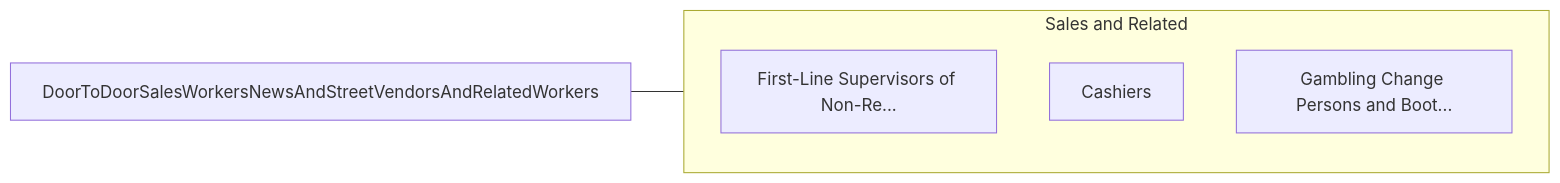
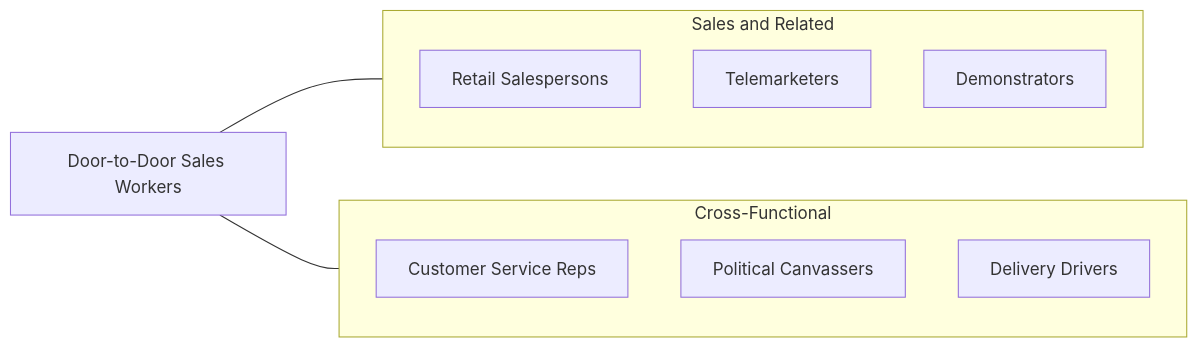
The fourth of 4 diagrams in occupations/Sales/DoorToDoorSalesWorkersNewsAndStreetVendorsAndRelatedWorkers.mdx (kziemski/business.org.ai), drawn with Mermaid before and after one commit. The commit also changed other lines of this file and 938 other files, not shown here.

````diff
--- a/occupations/Sales/DoorToDoorSalesWorkersNewsAndStreetVendorsAndRelatedWorkers.mdx
+++ b/occupations/Sales/DoorToDoorSalesWorkersNewsAndStreetVendorsAndRelatedWorkers.mdx
@@ -105,13 +168,19 @@
 ```mermaid
 graph LR
-    Current["DoorToDoorSalesWorkersNewsAndStreetVendorsAndRelatedWorkers"]
+    Current["Door-to-Door Sales Workers"]
 
     subgraph SameCategory["Sales and Related"]
-        FirstLineSupervisors["First-Line Supervisors of Retail..."]
-        FirstLineSupervisors["First-Line Supervisors of Non-Re..."]
-        Cashiers["Cashiers"]
-        GamblingChangePerson["Gambling Change Persons and Boot..."]
+        Retail["Retail Salespersons"]
+        Telemarketers["Telemarketers"]
+        Demonstrators["Demonstrators"]
+    end
+
+    subgraph CrossFunctional["Cross-Functional"]
+        CSR["Customer Service Reps"]
+        Canvassers["Political Canvassers"]
+        Delivery["Delivery Drivers"]
     end
 
     Current --- SameCategory
+    Current --- CrossFunctional
 ```
````
